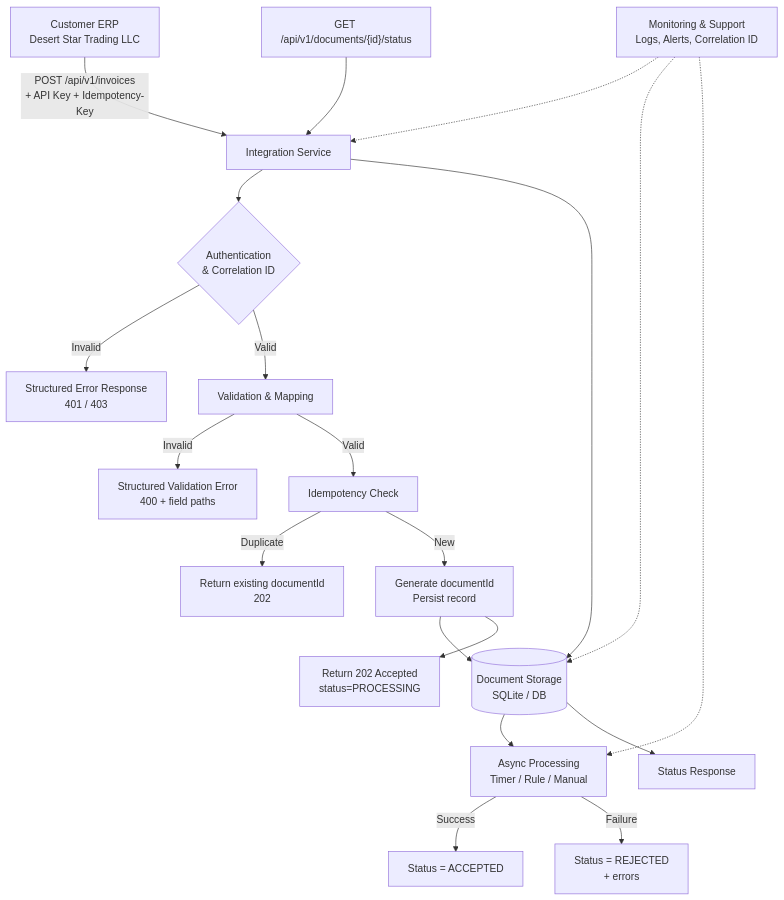
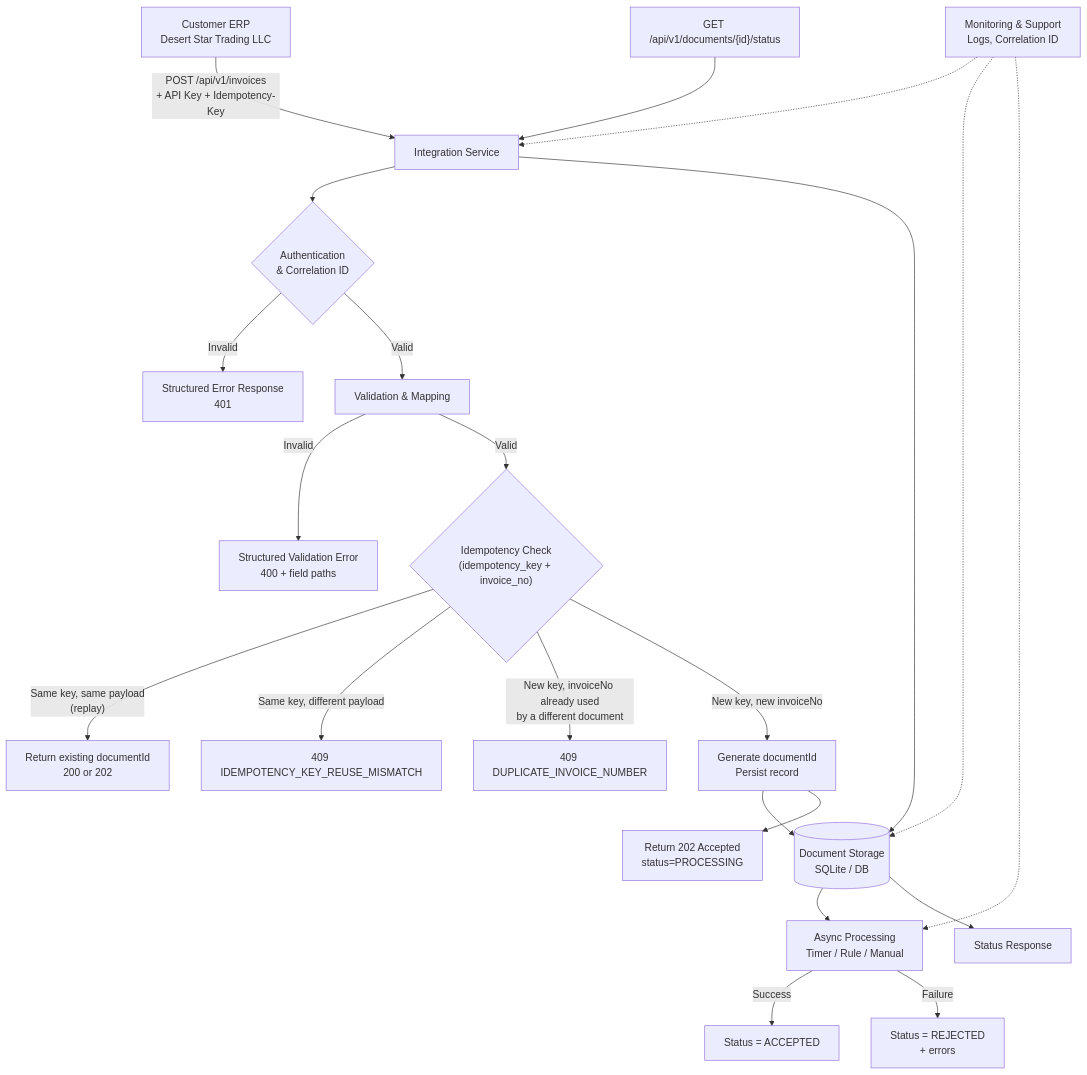
One commit to Raghul-18/complyance-integration changed the first of 2 diagrams in docs/system-flow.md. Above: the diagram before and after it, drawn with Mermaid. The commit also changed other lines of this file and 4 other files, not shown here.

````diff
--- a/docs/system-flow.md
+++ b/docs/system-flow.md
@@ -4,29 +4,31 @@
 ```mermaid
 flowchart TD
     A["Customer ERP<br/>Desert Star Trading LLC"] -->|"POST /api/v1/invoices<br/>+ API Key + Idempotency-Key"| B["Integration Service"]
 
     B --> C{"Authentication<br/>& Correlation ID"}
-    C -->|Invalid| E["Structured Error Response<br/>401 / 403"]
+    C -->|Invalid| E["Structured Error Response<br/>401"]
     C -->|Valid| D["Validation & Mapping"]
 
     D -->|Invalid| F["Structured Validation Error<br/>400 + field paths"]
-    D -->|Valid| G["Idempotency Check"]
+    D -->|Valid| G{"Idempotency Check<br/>(idempotency_key + invoice_no)"}
 
-    G -->|Duplicate| H["Return existing documentId<br/>202"]
-    G -->|New| I["Generate documentId<br/>Persist record"]
+    G -->|"Same key, same payload<br/>(replay)"| H["Return existing documentId<br/>200 or 202"]
+    G -->|"Same key, different payload"| H2["409 IDEMPOTENCY_KEY_REUSE_MISMATCH"]
+    G -->|"New key, invoiceNo already used<br/>by a different document"| H3["409 DUPLICATE_INVOICE_NUMBER"]
+    G -->|"New key, new invoiceNo"| I["Generate documentId<br/>Persist record"]
 
     I --> J[("Document Storage<br/>SQLite / DB")]
     I --> K["Return 202 Accepted<br/>status=PROCESSING"]
 
     J --> L["Async Processing<br/>Timer / Rule / Manual"]
     L -->|Success| M["Status = ACCEPTED"]
     L -->|Failure| N["Status = REJECTED<br/>+ errors"]
 
     O["GET /api/v1/documents/{id}/status"] --> B
     B --> J
     J --> P["Status Response"]
 
-    Q["Monitoring & Support<br/>Logs, Alerts, Correlation ID"] -.-> B
+    Q["Monitoring & Support<br/>Logs, Correlation ID"] -.-> B
     Q -.-> J
     Q -.-> L
 ```
````
